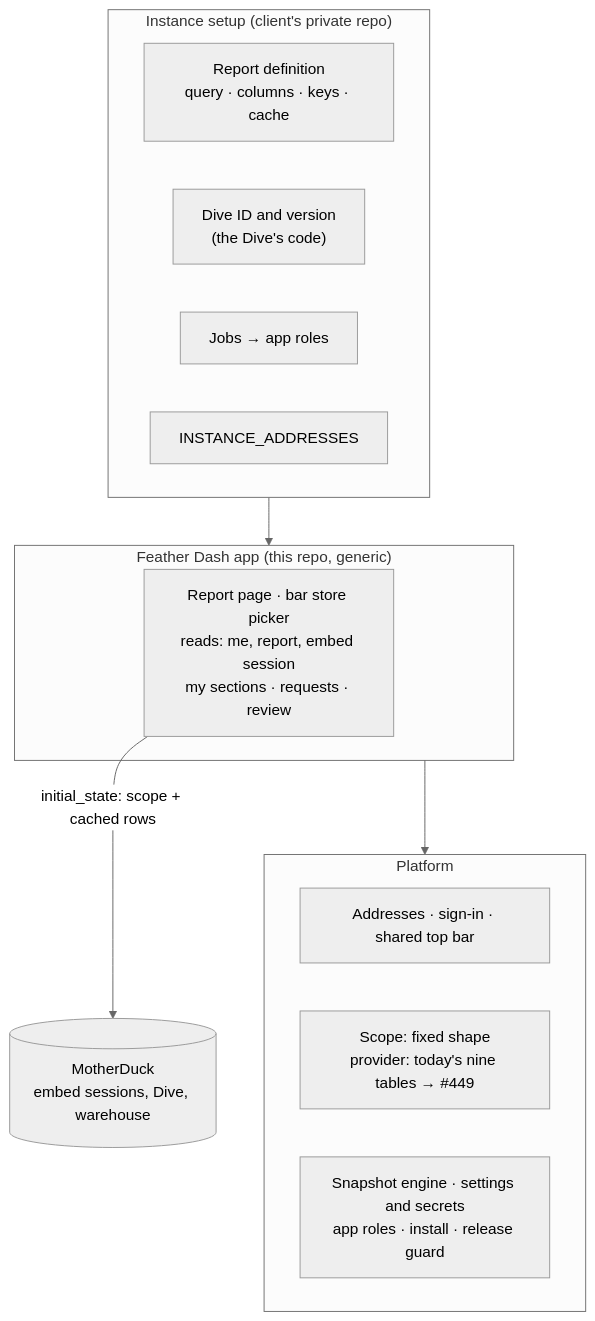
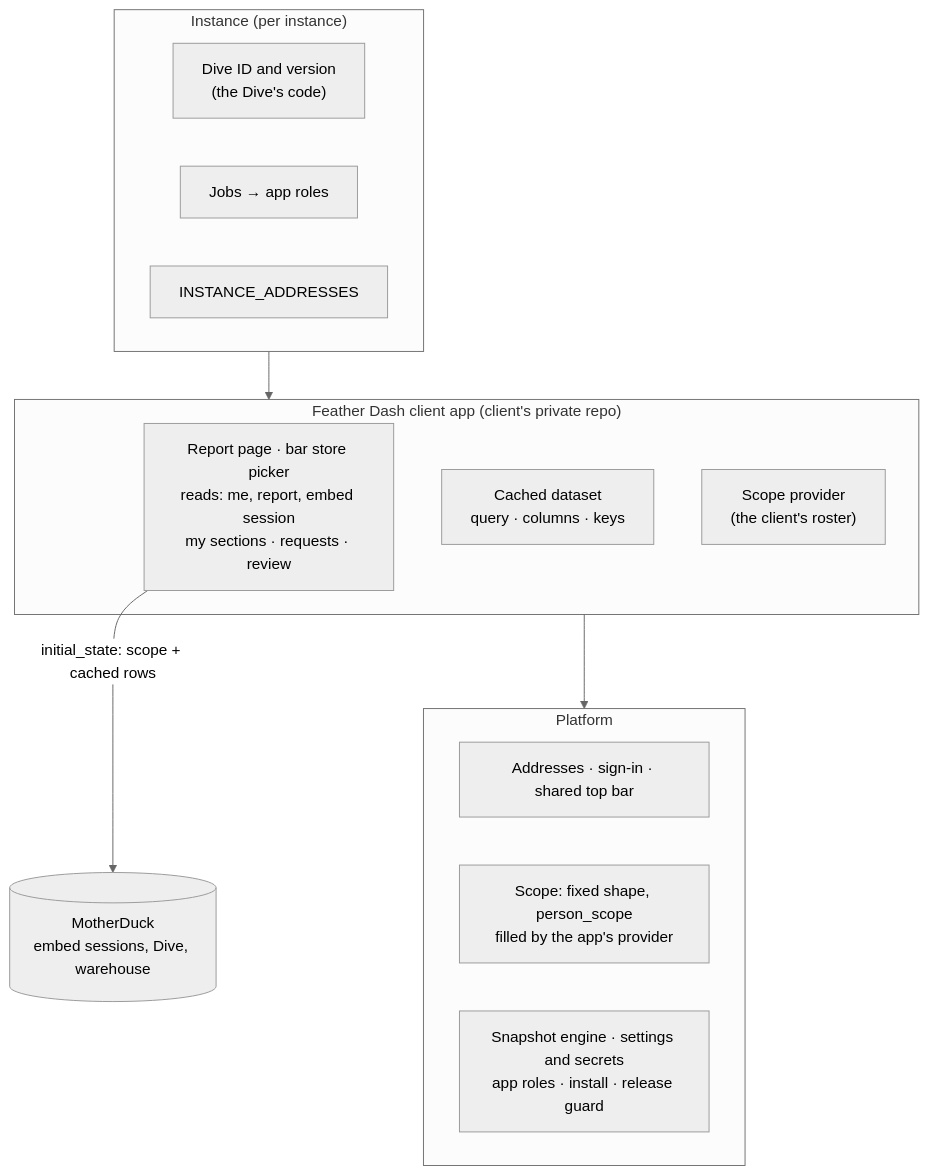
The diagram in openspec/changes/feather-dash-installed-app/design.md (siraj-samsudeen/featherbase), drawn with Mermaid (neutral theme) before and after one commit. The commit also changed other lines of this file and 2 other files, not shown here.

First line of the commit message:
Feather Dash design: a client app in the client's repository (ADR 0013); app-declared scope provider and datasets; client image delivery

````diff
--- a/openspec/changes/feather-dash-installed-app/design.md
+++ b/openspec/changes/feather-dash-installed-app/design.md
@@ -97,21 +105,22 @@
 ```mermaid
 flowchart TB
-  subgraph Instance["Instance setup (client's private repo)"]
-    RD["Report definition<br/>query · columns · keys · cache"]
+  subgraph Instance["Instance (per instance)"]
     DV["Dive ID and version<br/>(the Dive's code)"]
     JB["Jobs → app roles"]
     AD["INSTANCE_ADDRESSES"]
   end
-  subgraph App["Feather Dash app (this repo, generic)"]
+  subgraph App["Feather Dash client app (client's private repo)"]
     FD["Report page · bar store picker<br/>reads: me, report, embed session<br/>my sections · requests · review"]
+    RD["Cached dataset<br/>query · columns · keys"]
+    SP["Scope provider<br/>(the client's roster)"]
   end
   subgraph Platform["Platform"]
     P1["Addresses · sign-in · shared top bar"]
-    P2["Scope: fixed shape<br/>provider: today's nine tables → #449"]
+    P2["Scope: fixed shape, person_scope<br/>filled by the app's provider"]
     P3["Snapshot engine · settings and secrets<br/>app roles · install · release guard"]
   end
   MD[("MotherDuck<br/>embed sessions, Dive, warehouse")]
   Instance --> App
   App --> Platform
   FD -- "initial_state: scope + cached rows" --> MD
 ```
````
